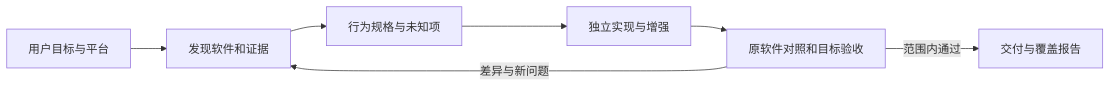
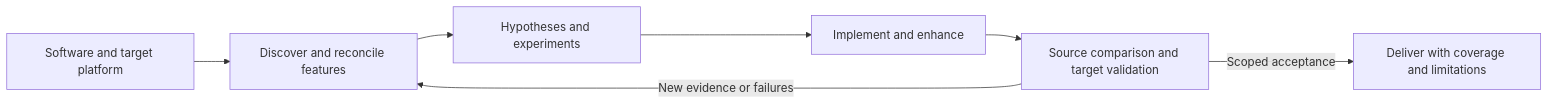
Before and after one commit to lovejzzz/SRE: the diagram in README.md, drawn with Mermaid. The commit also changed other lines of this file and 26 other files, not shown here.

````diff
--- a/README.md
+++ b/README.md
@@ -32,9 +28,9 @@
 ```mermaid
 flowchart LR
-    A[用户目标与平台] --> B[发现软件和证据]
-    B --> C[行为规格与未知项]
-    C --> D[独立实现与增强]
-    D --> E[原软件对照和目标验收]
-    E -->|差异与新问题| B
-    E -->|范围内通过| F[交付与覆盖报告]
+    A[Software and target platform] --> B[Discover and reconcile features]
+    B --> C[Hypotheses and experiments]
+    C --> D[Implement and enhance]
+    D --> E[Source comparison and target validation]
+    E -->|New evidence or failures| B
+    E -->|Scoped acceptance| F[Deliver with coverage and limitations]
 ```
````
